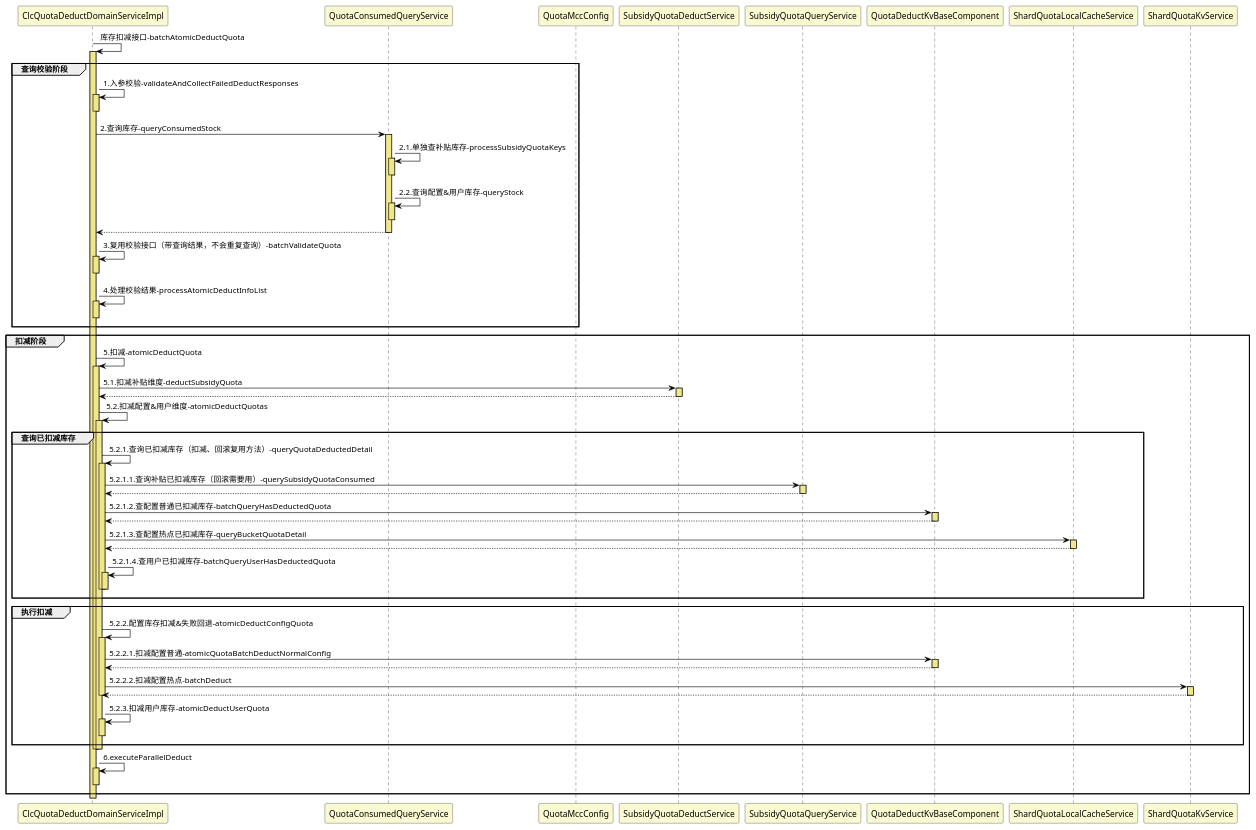
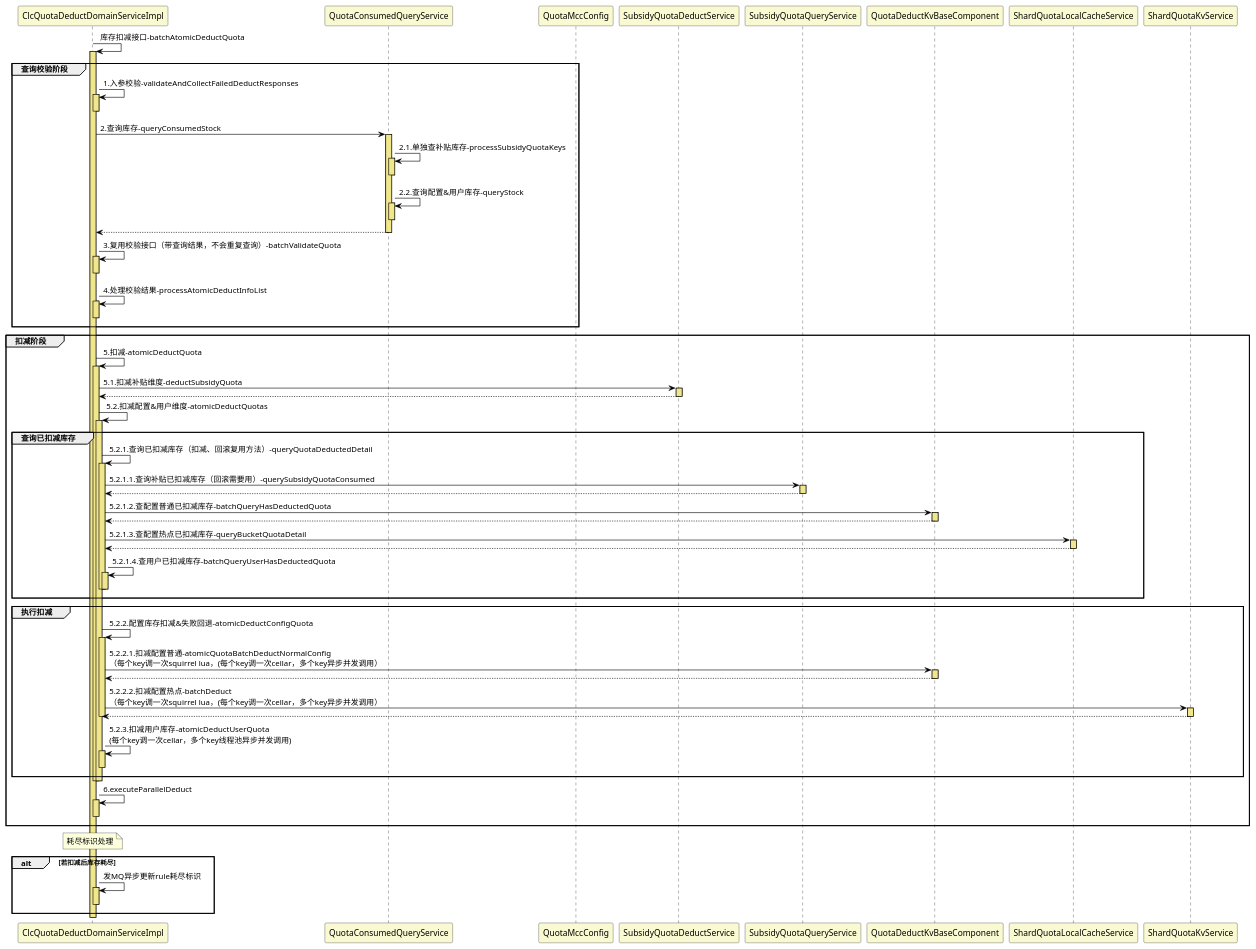
Before and after one commit to zhangbotong/mt-plantuml: the diagram in src/coupon/new/Deduct.puml, drawn with PlantUML. The commit also changed 9 other files, not shown here.

```diff
--- a/src/coupon/new/Deduct.puml
+++ b/src/coupon/new/Deduct.puml
@@ -1,74 +1,79 @@
 @startuml
 skinparam DatabaseBackgroundColor lightgoldenrodyellow
 skinparam EntityBackgroundColor lightgoldenrodyellow
 skinparam sequence {
     ArrowColor black
     LifeLineBorderColor black
     LifeLineBackgroundColor khaki
     ParticipantBackgroundColor lightgoldenrodyellow
 }
 
 participant "ClcQuotaDeductDomainServiceImpl" as CQDSI
 participant "QuotaConsumedQueryService" as QCQS
 participant "QuotaMccConfig" as QMC
 participant "SubsidyQuotaDeductService" as SQDS
 participant "SubsidyQuotaQueryService" as SQQS
 participant "QuotaDeductKvBaseComponent" as QDKBC
 participant "ShardQuotaLocalCacheService" as SQLCS
 participant "ShardQuotaKvService" as SQKS
 
 CQDSI -> CQDSI++: 库存扣减接口-batchAtomicDeductQuota
 
 group 查询校验阶段
     CQDSI -> CQDSI++--: 1.入参校验-validateAndCollectFailedDeductResponses
 
     CQDSI -> QCQS++: 2.查询库存-queryConsumedStock
         QCQS -> QCQS++--: 2.1.单独查补贴库存-processSubsidyQuotaKeys
         QCQS -> QCQS++--: 2.2.查询配置&用户库存-queryStock
     return
 
     CQDSI -> CQDSI++--: 3.复用校验接口（带查询结果，不会重复查询）-batchValidateQuota
     CQDSI -> CQDSI++--: 4.处理校验结果-processAtomicDeductInfoList
 end
 
 group 扣减阶段
     CQDSI -> CQDSI++: 5.扣减-atomicDeductQuota
         CQDSI -> SQDS++: 5.1.扣减补贴维度-deductSubsidyQuota
         return
 
         CQDSI -> CQDSI++: 5.2.扣减配置&用户维度-atomicDeductQuotas
 
             group 查询已扣减库存
                 CQDSI -> CQDSI++: 5.2.1.查询已扣减库存（扣减、回滚复用方法）-queryQuotaDeductedDetail
                     CQDSI -> SQQS++: 5.2.1.1.查询补贴已扣减库存（回滚需要用）-querySubsidyQuotaConsumed
                     return
                     CQDSI -> QDKBC++: 5.2.1.2.查配置普通已扣减库存-batchQueryHasDeductedQuota
                     return
                     CQDSI -> SQLCS++: 5.2.1.3.查配置热点已扣减库存-queryBucketQuotaDetail
                     return
                     CQDSI -> CQDSI++--: 5.2.1.4.查用户已扣减库存-batchQueryUserHasDeductedQuota
                 deactivate
             end
 
             group 执行扣减
                 CQDSI -> CQDSI++: 5.2.2.配置库存扣减&失败回退-atomicDeductConfigQuota
                     ' 当校验时2个地域库存都充足时，若一个地域扣减失败，会重试另一个地域；
-                    CQDSI -> QDKBC++: 5.2.2.1.扣减配置普通-atomicQuotaBatchDeductNormalConfig
+                    CQDSI -> QDKBC++: 5.2.2.1.扣减配置普通-atomicQuotaBatchDeductNormalConfig\n（每个key调一次squirrel lua，(每个key调一次cellar，多个key异步并发调用）
                     return
-                    CQDSI -> SQKS++: 5.2.2.2.扣减配置热点-batchDeduct
+                    CQDSI -> SQKS++: 5.2.2.2.扣减配置热点-batchDeduct\n（每个key调一次squirrel lua，(每个key调一次cellar，多个key异步并发调用）
                     return
                 deactivate
 
-                CQDSI -> CQDSI++--: 5.2.3.扣减用户库存-atomicDeductUserQuota
+                CQDSI -> CQDSI++--: 5.2.3.扣减用户库存-atomicDeductUserQuota\n(每个key调一次cellar，多个key线程池异步并发调用)
             end
 
         deactivate
 
     deactivate
 
     CQDSI -> CQDSI++--: 6.executeParallelDeduct
 end
 
+note over CQDSI: 耗尽标识处理
+alt 若扣减后库存耗尽
+    CQDSI -> CQDSI++--: 发MQ异步更新rule耗尽标识
+end
+
 deactivate
 
 @enduml
```
